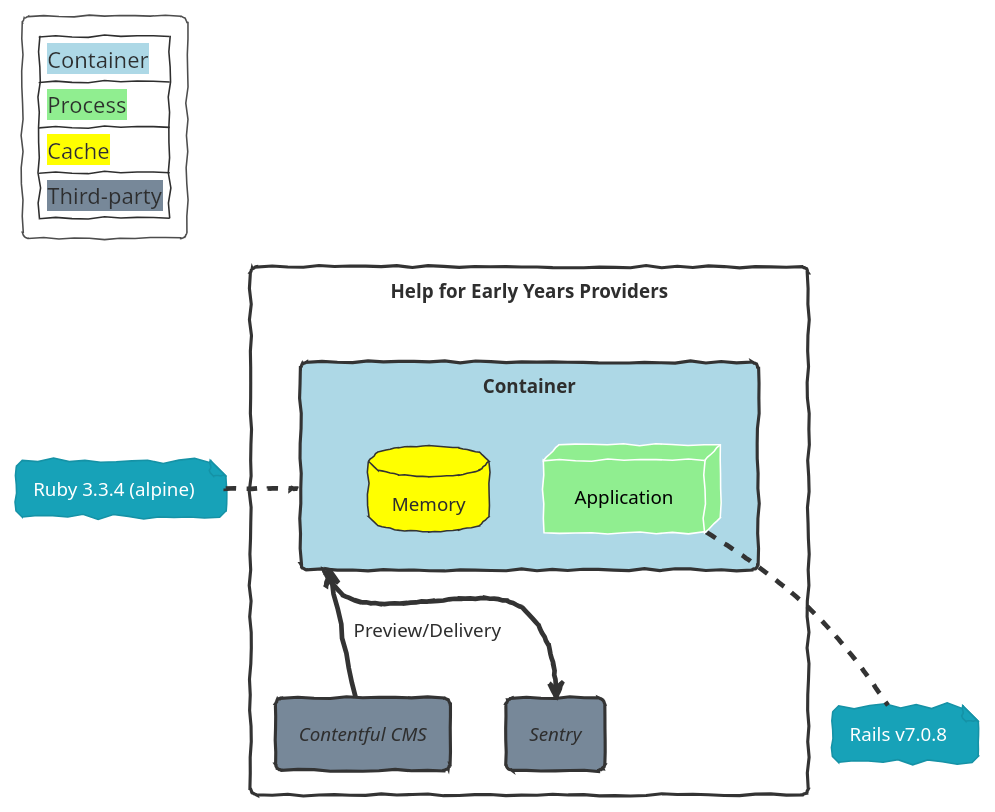
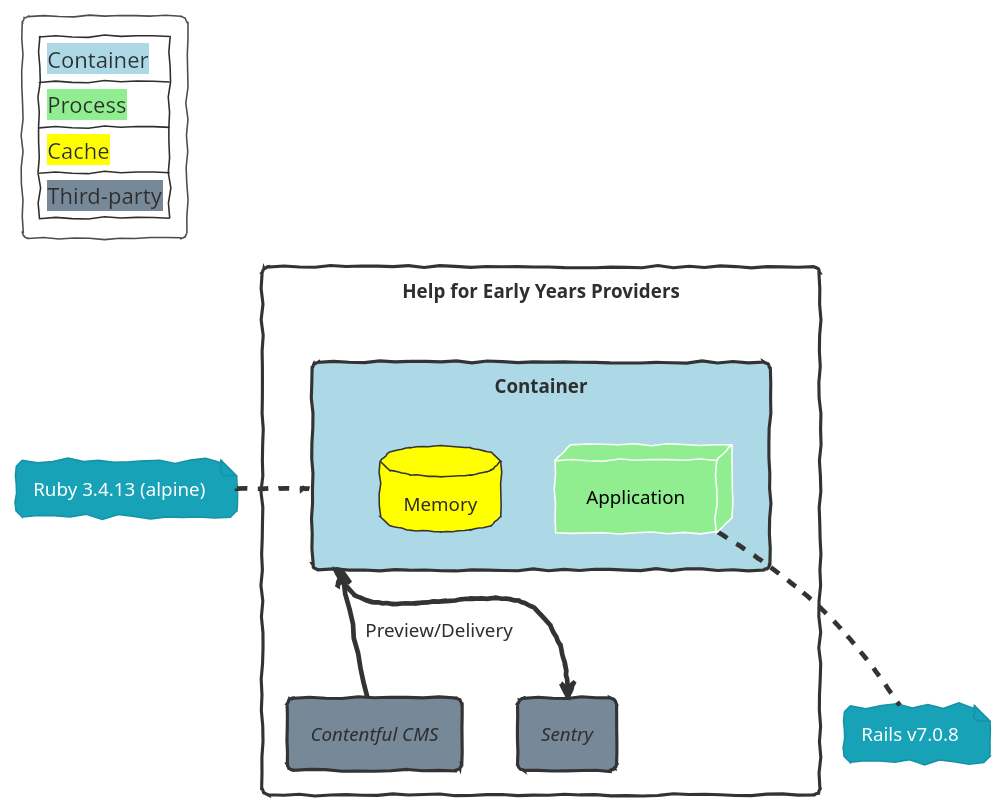
One commit to DFE-Digital/early-years-foundation-reform changed the diagram in uml/application.puml. Above: the diagram before and after it, drawn with PlantUML. The commit also changed 7 other files, not shown here.

```diff
--- a/uml/application.puml
+++ b/uml/application.puml
@@ -1,49 +1,49 @@
 @startuml
 !theme sketchy-outline
 hide stereotype
 
 <style>
   .app {
     BackgroundColor LightBlue
   }
   .process {
     BackgroundColor LightGreen
     FontColor Black
   }
   .cache {
     BackgroundColor Yellow
   }
   .service {
     BackgroundColor LightSlateGray
     FontStyle italic
   }
 }
 </style>
 
 
 legend top left
 |<back:LightBlue>Container|
 |<back:LightGreen>Process|
 |<back:Yellow>Cache|
 |<back:LightSlateGrey>Third-party|
 endlegend
 
 
 rectangle "Help for Early Years Providers" {
   rectangle "Container" as app <<app>> {
     node "Application" as web <<process>>
     database "Memory" as app_cache <<cache>>
   }
 
   rectangle "Contentful CMS" as content <<service>>
 
   rectangle "Sentry" as alert <<service>>
 }
 
-note left of app: Ruby 3.3.4 (alpine)
+note left of app: Ruby 3.4.13 (alpine)
 note bottom of web: Rails v7.0.8
 
 app <-- content: Preview/Delivery
 app --> alert
 
 @enduml
```
